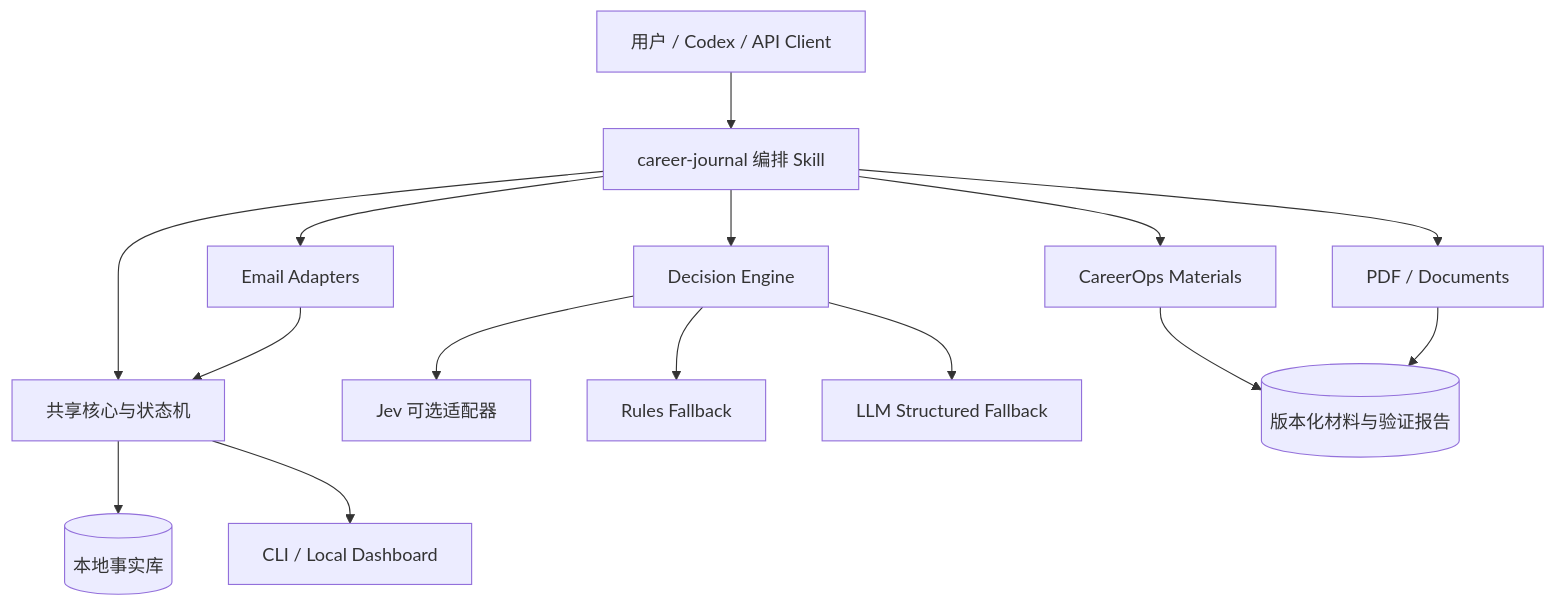
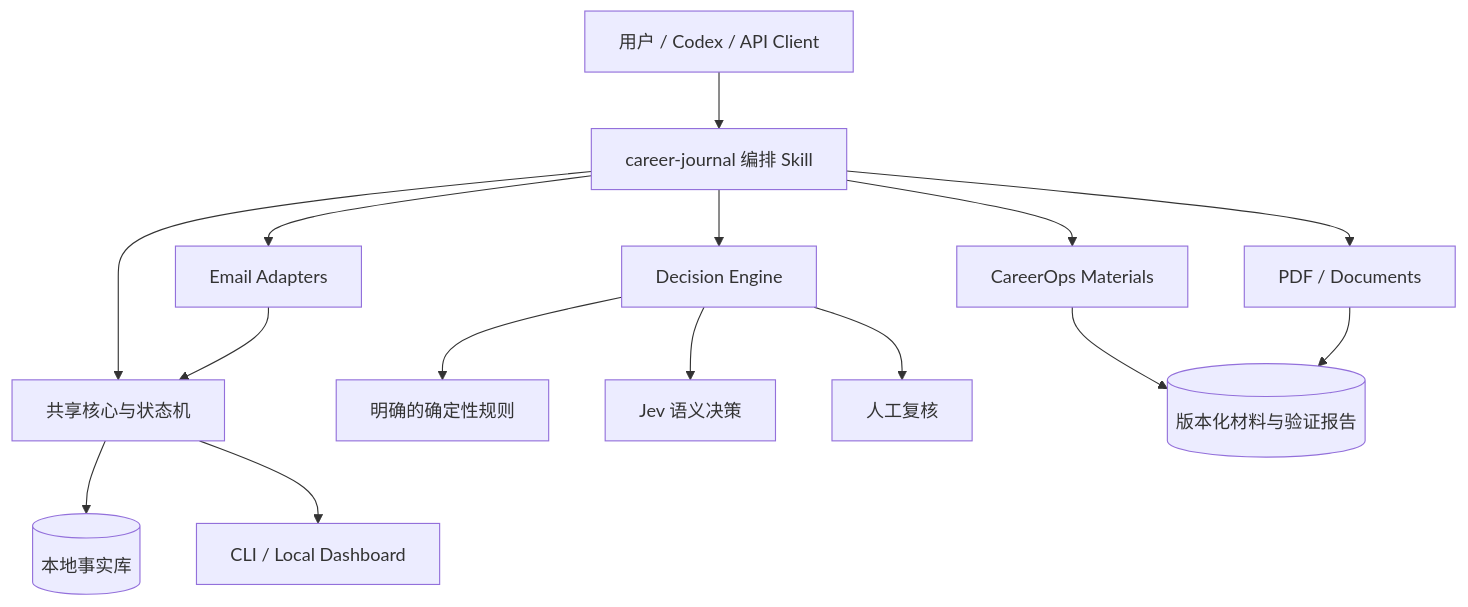
The diagram in docs/superpowers/specs/2026-09-19-job-search-ops-prd-design.md (haowen-ai/career-journal), drawn with Mermaid before and after one commit. The commit also changed other lines of this file and 29 other files, not shown here.

````diff
--- a/docs/superpowers/specs/2026-09-19-job-search-ops-prd-design.md
+++ b/docs/superpowers/specs/2026-09-19-job-search-ops-prd-design.md
@@ -101,17 +101,17 @@
 ```mermaid
 flowchart TB
     U[用户 / Codex / API Client] --> O[career-journal 编排 Skill]
     O --> C[共享核心与状态机]
     O --> CO[CareerOps Materials]
     O --> EM[Email Adapters]
     O --> DOC[PDF / Documents]
     O --> DE[Decision Engine]
-    DE --> J[Jev 可选适配器]
-    DE --> R[Rules Fallback]
-    DE --> L[LLM Structured Fallback]
+    DE --> R[明确的确定性规则]
+    DE --> J[Jev 语义决策]
+    DE --> M[人工复核]
     C --> DB[(本地事实库)]
     CO --> AR[(版本化材料与验证报告)]
     EM --> C
     DOC --> AR
     C --> UI[CLI / Local Dashboard]
 ```
````
